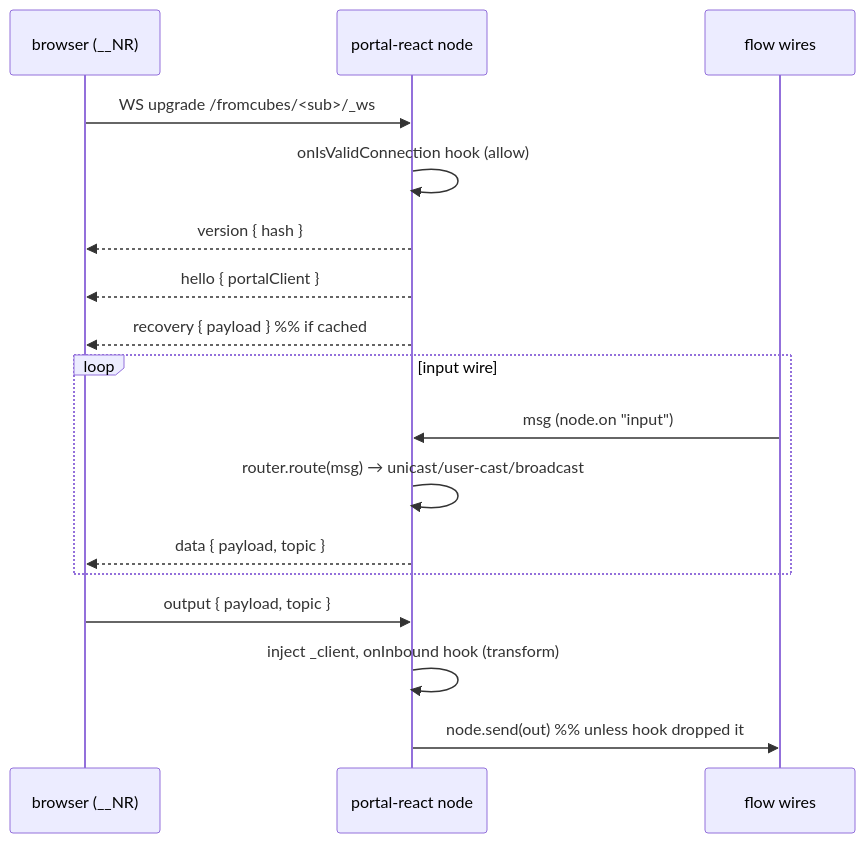
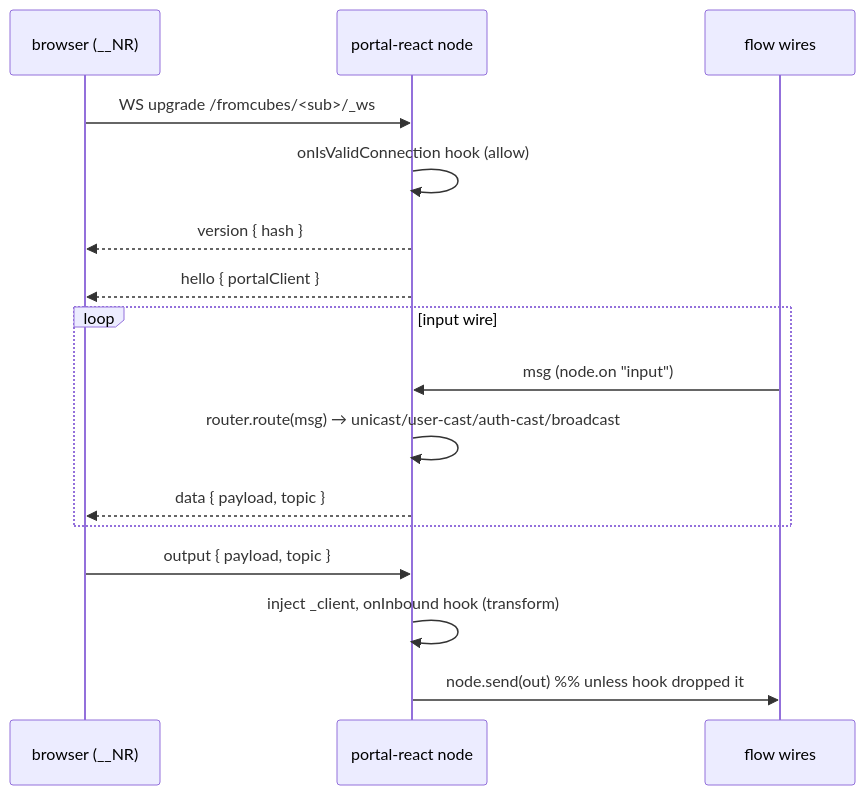
One commit to Aaqu/fromcubes-portal-react changed the seventh of 8 diagrams in README-DEV.md. Above: the diagram before and after it, drawn with Mermaid. The commit also changed other lines of this file and 6 other files, not shown here.

Commit message:
feat: remove last-broadcast recovery cache, fresh clients start empty

````diff
--- a/README-DEV.md
+++ b/README-DEV.md
@@ -374,20 +373,19 @@
 ```mermaid
 sequenceDiagram
   participant B as browser (__NR)
   participant S as portal-react node
   participant F as flow wires
 
   B->>S: WS upgrade /fromcubes/<sub>/_ws
   S->>S: onIsValidConnection hook (allow)
   S-->>B: version { hash }
   S-->>B: hello { portalClient }
-  S-->>B: recovery { payload }   %% if cached
   loop input wire
     F->>S: msg (node.on "input")
-    S->>S: router.route(msg) → unicast/user-cast/broadcast
+    S->>S: router.route(msg) → unicast/user-cast/auth-cast/broadcast
     S-->>B: data { payload, topic }
   end
   B->>S: output { payload, topic }
   S->>S: inject _client, onInbound hook (transform)
   S->>F: node.send(out)   %% unless hook dropped it
 ```
````
